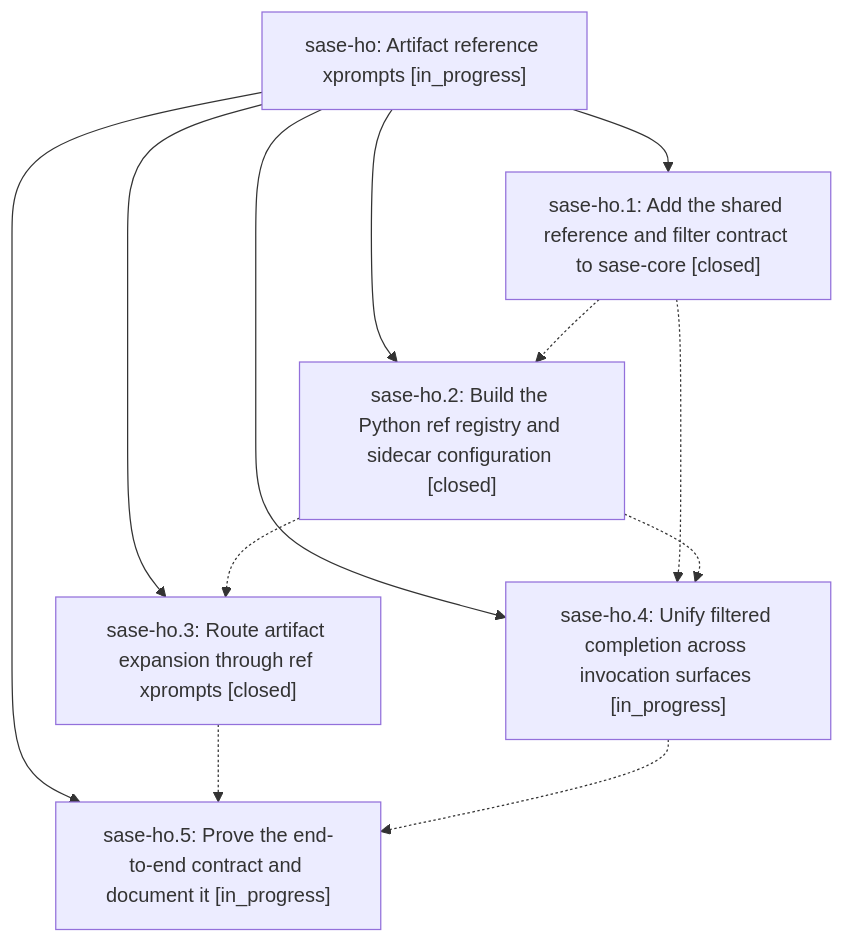
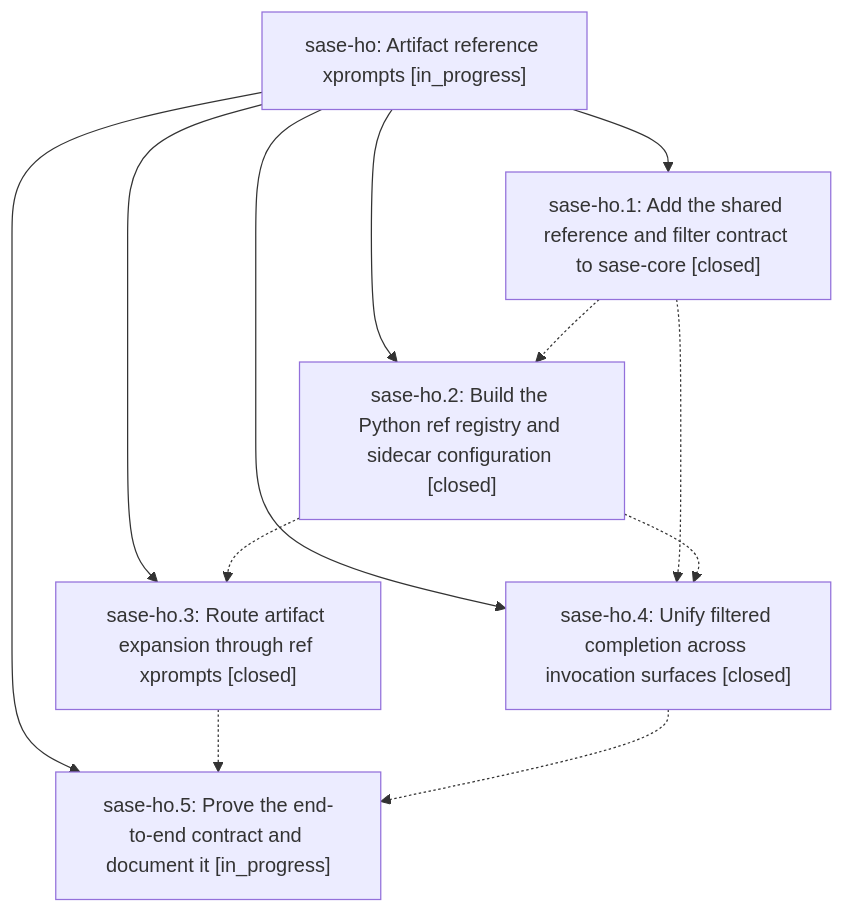
One commit to sase-org/sase--beads changed the diagram in pages/sase-ho/README.md. Above: the diagram before and after it, drawn with Mermaid. The commit also changed other lines of this file and 5 other files, not shown here.

````diff
--- a/pages/sase-ho/README.md
+++ b/pages/sase-ho/README.md
@@ -26,20 +26,20 @@
 ```mermaid
 flowchart TD
     n0["sase-ho: Artifact reference xprompts [in_progress]"]
     n1["sase-ho.1: Add the shared reference and filter contract to sase-core [closed]"]
     n2["sase-ho.2: Build the Python ref registry and sidecar configuration [closed]"]
     n3["sase-ho.3: Route artifact expansion through ref xprompts [closed]"]
-    n4["sase-ho.4: Unify filtered completion across invocation surfaces [in_progress]"]
+    n4["sase-ho.4: Unify filtered completion across invocation surfaces [closed]"]
     n5["sase-ho.5: Prove the end-to-end contract and document it [in_progress]"]
     n0 --> n1
     n0 --> n2
     n0 --> n3
     n0 --> n4
     n0 --> n5
     n1 -.-> n2
     n1 -.-> n4
     n2 -.-> n3
     n2 -.-> n4
     n3 -.-> n5
     n4 -.-> n5
 ```
````
